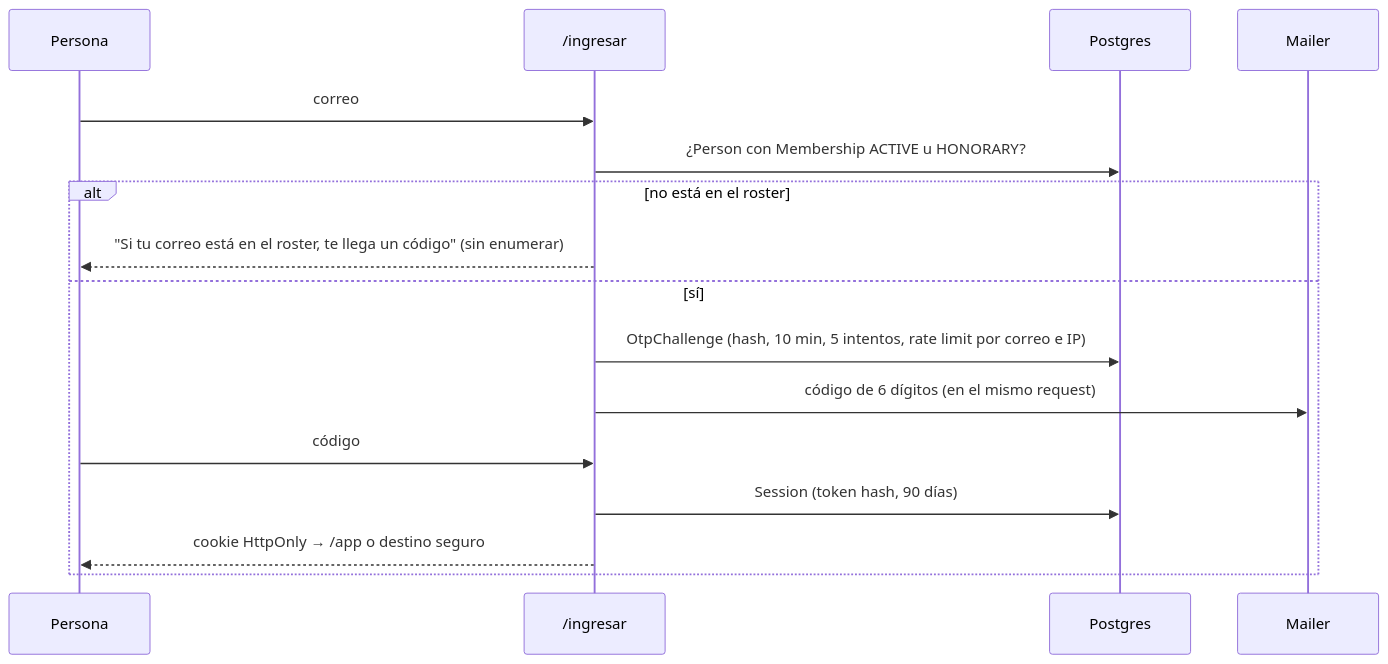
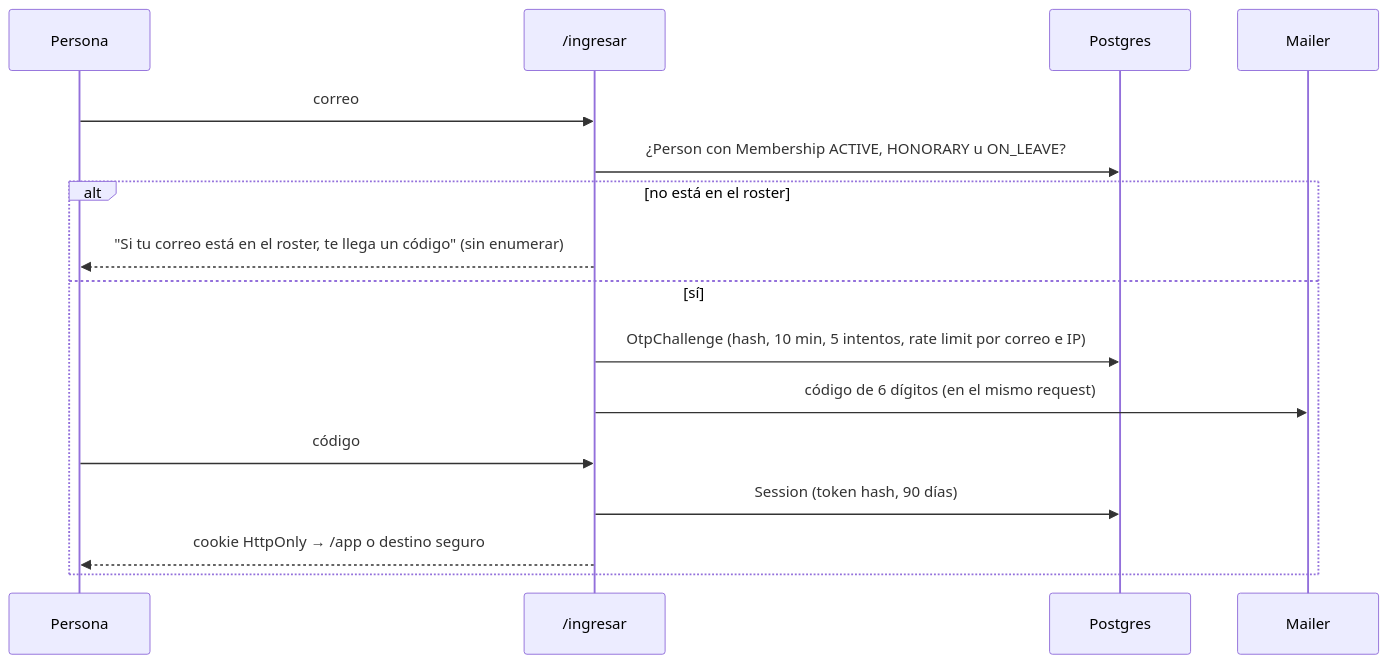
One commit to Mateoloperaortiz/LaOE changed the diagram in docs/05-acceso.md. Above: the diagram before and after it, drawn with Mermaid. The commit also changed other lines of this file and 76 other files, not shown here.

````diff
--- a/docs/05-acceso.md
+++ b/docs/05-acceso.md
@@ -9,18 +11,18 @@
 ```mermaid
 sequenceDiagram
   participant P as Persona
   participant W as /ingresar
   participant DB as Postgres
   participant M as Mailer
   P->>W: correo
-  W->>DB: ¿Person con Membership ACTIVE u HONORARY?
+  W->>DB: ¿Person con Membership ACTIVE, HONORARY u ON_LEAVE?
   alt no está en el roster
     W-->>P: "Si tu correo está en el roster, te llega un código" (sin enumerar)
   else sí
     W->>DB: OtpChallenge (hash, 10 min, 5 intentos, rate limit por correo e IP)
     W->>M: código de 6 dígitos (en el mismo request)
     P->>W: código
     W->>DB: Session (token hash, 90 días)
     W-->>P: cookie HttpOnly → /app o destino seguro
   end
 ```
````
